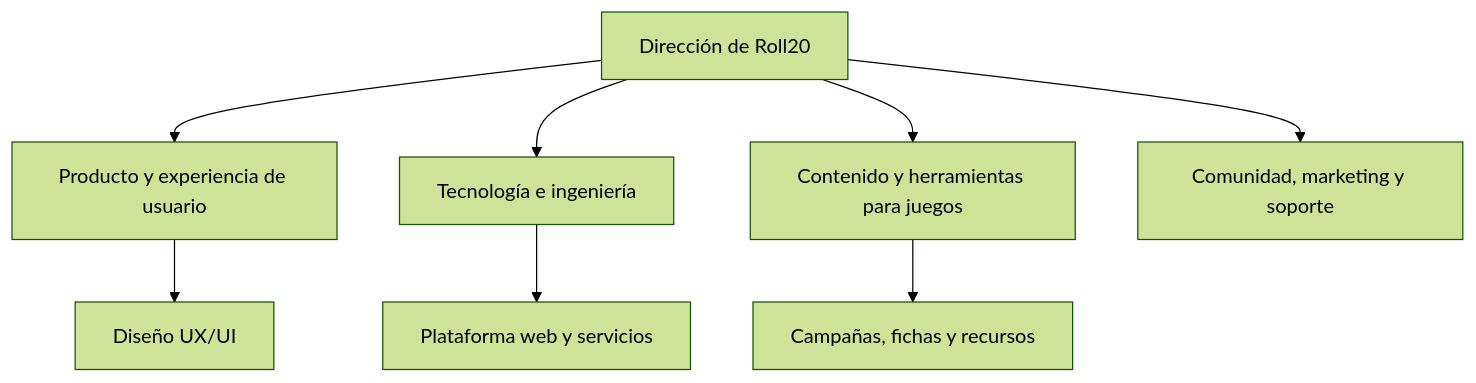
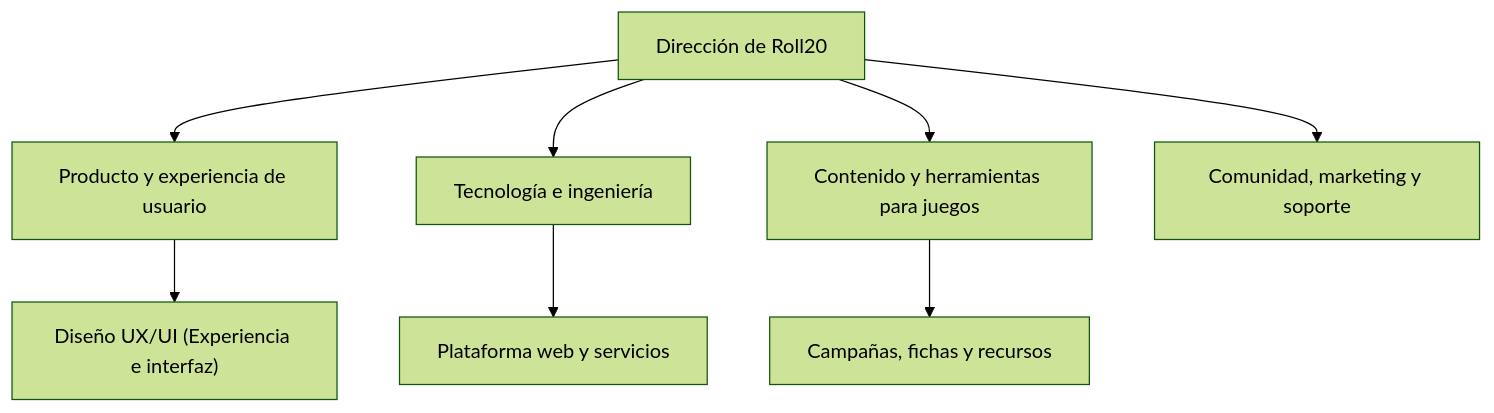
One commit to LastraMigue/FINAL-PROJECT changed the second of 4 diagrams in pitch-and-market.md. Above: the diagram before and after it, drawn with Mermaid (forest theme). The commit also changed other lines of this file and 1 other file, not shown here.

````diff
--- a/pitch-and-market.md
+++ b/pitch-and-market.md
@@ -99,10 +112,10 @@
 ```mermaid
 flowchart TD
     R[Dirección de Roll20] --> PR[Producto y experiencia de usuario]
     R --> TI[Tecnología e ingeniería]
     R --> CT[Contenido y herramientas para juegos]
     R --> CM[Comunidad, marketing y soporte]
-    PR --> UX[Diseño UX/UI]
+    PR --> UX["Diseño UX/UI (Experiencia e interfaz)"]
     TI --> PL[Plataforma web y servicios]
     CT --> CA[Campañas, fichas y recursos]
 ```
````
